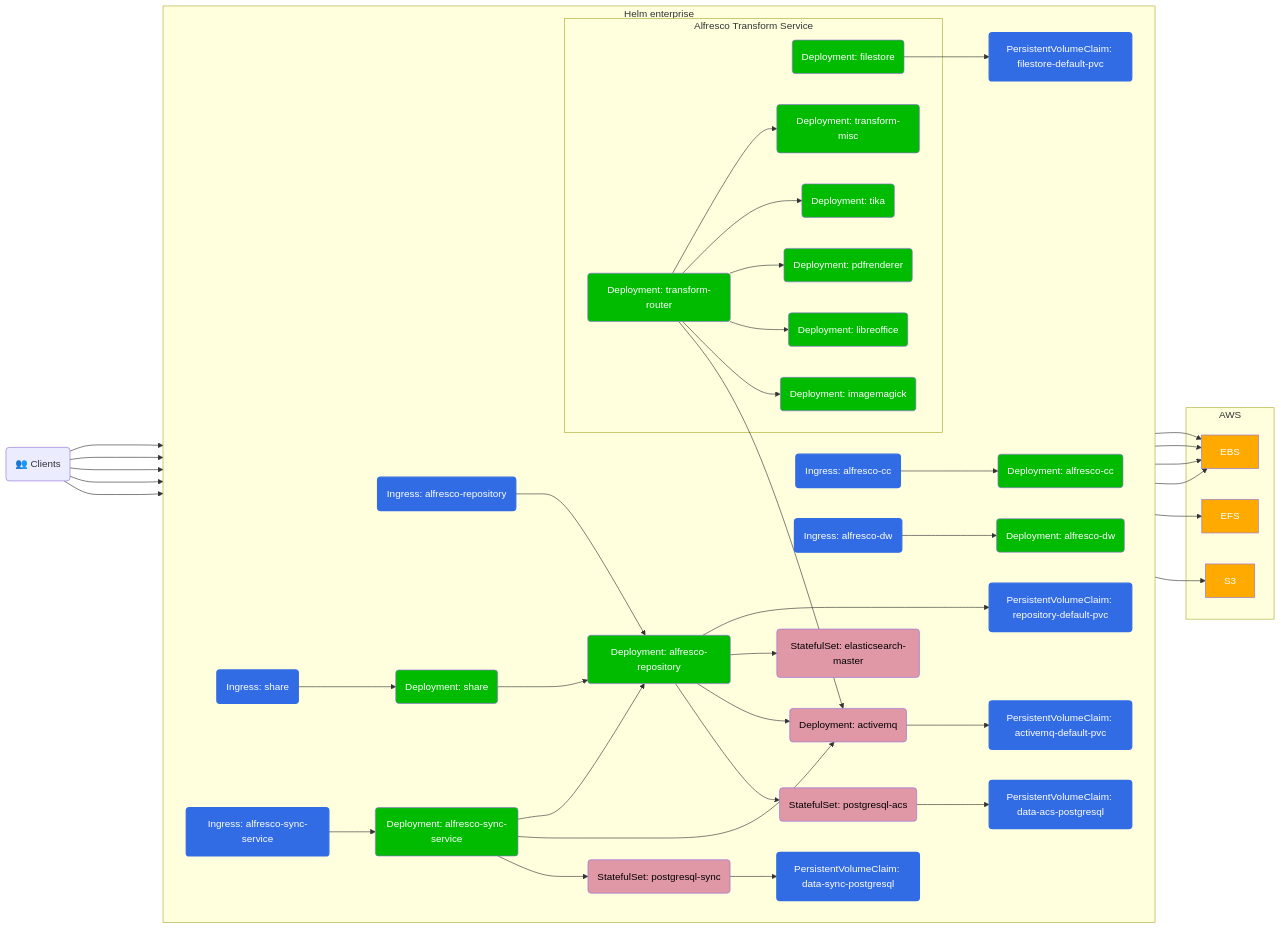
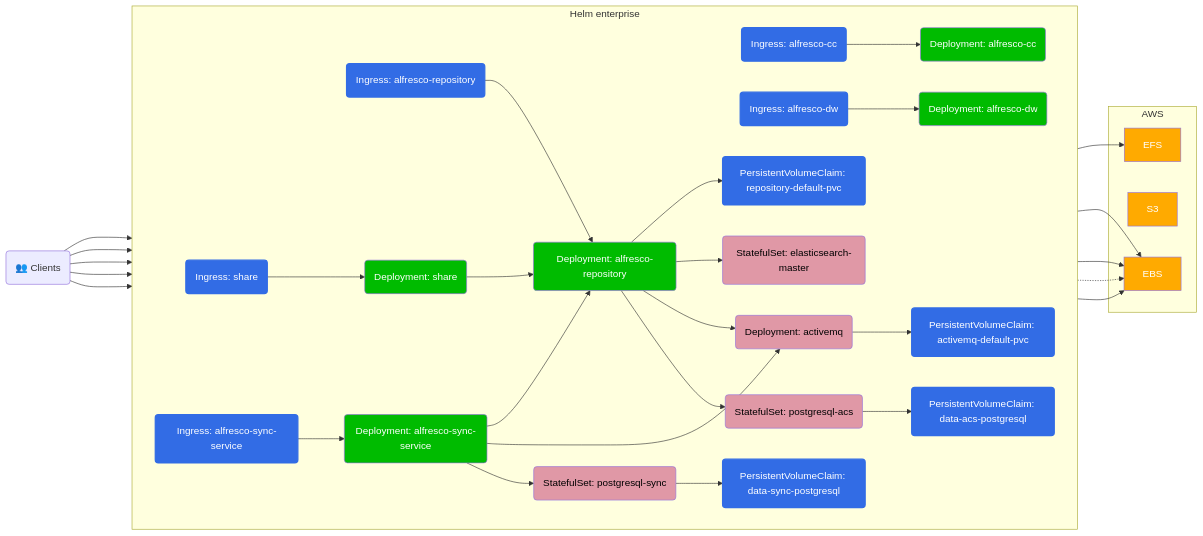
Before and after one commit to Alfresco/acs-deployment: the first of 4 diagrams in docs/helm/eks-deployment.md, drawn with Mermaid. The commit also changed other lines of this file, not shown here.

Commit message:
try splitting ats

````diff
--- a/docs/helm/eks-deployment.md
+++ b/docs/helm/eks-deployment.md
@@ -13,82 +19,61 @@
 ```mermaid
 graph LR
 
 classDef alf fill:#0b0,color:#fff
 classDef aws fill:#fa0,color:#fff
 classDef k8s fill:#326ce5,stroke:#326ce5,stroke-width:2px,color:#fff
 classDef thrdP fill:#e098a6,color:#000
 
 Client("👥 Clients")
 
 subgraph Helm enterprise
   direction LR
   PersistentVolumeClaim_activemq-default-pvc(PersistentVolumeClaim: activemq-default-pvc):::k8s
-  PersistentVolumeClaim_repository-default-pvc(PersistentVolumeClaim: repository-default-pvc):::k8s
-  PersistentVolumeClaim_filestore-default-pvc(PersistentVolumeClaim: filestore-default-pvc):::k8s
   PersistentVolumeClaim_data-acs-postgresql(PersistentVolumeClaim: data-acs-postgresql):::k8s
   PersistentVolumeClaim_data-sync-postgresql(PersistentVolumeClaim: data-sync-postgresql):::k8s
+  PersistentVolumeClaim_repository-default-pvc(PersistentVolumeClaim: repository-default-pvc):::k8s
 
   Deployment_activemq(Deployment: activemq):::thrdP
   Deployment_alfresco-cc(Deployment: alfresco-cc):::alf
   Deployment_alfresco-dw(Deployment: alfresco-dw):::alf
   Deployment_alfresco-repository(Deployment: alfresco-repository):::alf
   Deployment_alfresco-sync-service(Deployment: alfresco-sync-service):::alf
   Deployment_share(Deployment: share):::alf
 
   StatefulSet_elasticsearch-master(StatefulSet: elasticsearch-master):::thrdP
   StatefulSet_postgresql-sync(StatefulSet: postgresql-sync):::thrdP
   StatefulSet_postgresql-acs(StatefulSet: postgresql-acs):::thrdP
 
   Ingress_alfresco-cc(Ingress: alfresco-cc):::k8s
   Ingress_alfresco-dw(Ingress: alfresco-dw):::k8s
   Ingress_alfresco-repository(Ingress: alfresco-repository):::k8s
   Ingress_alfresco-sync-service(Ingress: alfresco-sync-service):::k8s
   Ingress_share(Ingress: share):::k8s
-
-  subgraph "Alfresco Transform Service"
-    Deployment_filestore(Deployment: filestore):::alf
-    Deployment_imagemagick(Deployment: imagemagick):::alf
-    Deployment_libreoffice(Deployment: libreoffice):::alf
-    Deployment_pdfrenderer(Deployment: pdfrenderer):::alf
-    Deployment_tika(Deployment: tika):::alf
-    Deployment_transform-misc(Deployment: transform-misc):::alf
-    Deployment_transform-router(Deployment: transform-router):::alf
-  end
-
 end
 
   subgraph AWS
-    EBS:::aws
     EFS:::aws
     S3:::aws
+    EBS:::aws
   end
 
-  Client ----> Ingress_alfresco-cc --> Deployment_alfresco-cc
-  Client ----> Ingress_alfresco-dw --> Deployment_alfresco-dw
-  Client --> Ingress_alfresco-repository --> Deployment_alfresco-repository
-  Client --> Ingress_share --> Deployment_share
-  Client --> Ingress_alfresco-sync-service --> Deployment_alfresco-sync-service
+Client ---> Ingress_alfresco-cc --> Deployment_alfresco-cc
+Client ---> Ingress_alfresco-dw --> Deployment_alfresco-dw
+Client --> Ingress_alfresco-repository --> Deployment_alfresco-repository
+Client --> Ingress_share --> Deployment_share
+Client --> Ingress_alfresco-sync-service --> Deployment_alfresco-sync-service
 
-  Deployment_share --> Deployment_alfresco-repository
+Deployment_share --> Deployment_alfresco-repository
 
-  Deployment_alfresco-repository --> StatefulSet_postgresql-acs --> PersistentVolumeClaim_data-acs-postgresql --> EBS
-  Deployment_alfresco-repository --> Deployment_activemq
-  Deployment_alfresco-repository --> StatefulSet_elasticsearch-master
+Deployment_alfresco-repository --> StatefulSet_postgresql-acs --> PersistentVolumeClaim_data-acs-postgresql --> EBS
+Deployment_alfresco-repository --> Deployment_activemq
+Deployment_alfresco-repository --> StatefulSet_elasticsearch-master
 
-  Deployment_alfresco-sync-service --> StatefulSet_postgresql-sync --> PersistentVolumeClaim_data-sync-postgresql --> EBS
-  Deployment_alfresco-sync-service --> Deployment_activemq
-  Deployment_alfresco-sync-service --> Deployment_alfresco-repository
-  
-  Deployment_transform-router --> Deployment_activemq
-  Deployment_transform-router --> Deployment_imagemagick
-  Deployment_transform-router --> Deployment_libreoffice
-  Deployment_transform-router --> Deployment_pdfrenderer
-  Deployment_transform-router --> Deployment_tika
-  Deployment_transform-router --> Deployment_transform-misc
+Deployment_alfresco-sync-service --> StatefulSet_postgresql-sync --> PersistentVolumeClaim_data-sync-postgresql --> EBS
+Deployment_alfresco-sync-service --> Deployment_activemq
+Deployment_alfresco-sync-service --> Deployment_alfresco-repository
 
-  Deployment_alfresco-repository ---> PersistentVolumeClaim_repository-default-pvc --> EFS
-  Deployment_filestore --> PersistentVolumeClaim_filestore-default-pvc --> EBS
-  PersistentVolumeClaim_repository-default-pvc --> S3
-  Deployment_activemq --> PersistentVolumeClaim_activemq-default-pvc --> EBS
-
+Deployment_alfresco-repository --> PersistentVolumeClaim_repository-default-pvc --> EFS
+PersistentVolumeClaim_repository-default-pvc -.-> EBS
+Deployment_activemq --> PersistentVolumeClaim_activemq-default-pvc --> EBS
 ```
````
